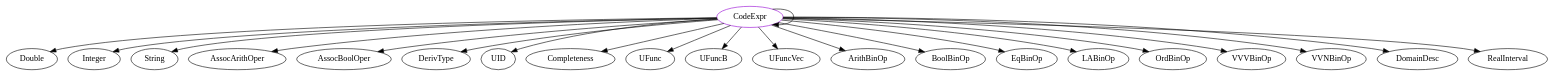
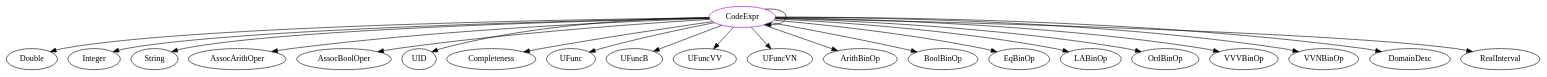
The diagram in analysis/TypeDependencyGraphs/code-base/CodeExpr.dot (balacij/Drasil), drawn with Graphviz before and after one commit. The commit also changed 693 other files, not shown here.

```diff
--- a/analysis/TypeDependencyGraphs/code-base/CodeExpr.dot
+++ b/analysis/TypeDependencyGraphs/code-base/CodeExpr.dot
@@ -1,24 +1,24 @@
 digraph codeexpr{
 CodeExpr -> Double;
 CodeExpr -> CodeExpr;
 CodeExpr -> Integer;
 CodeExpr -> String;
 CodeExpr -> AssocArithOper;
 CodeExpr -> AssocBoolOper;
-CodeExpr -> DerivType;
 CodeExpr -> UID;
 CodeExpr -> Completeness;
 CodeExpr -> UFunc;
 CodeExpr -> UFuncB;
-CodeExpr -> UFuncVec;
+CodeExpr -> UFuncVV;
+CodeExpr -> UFuncVN;
 CodeExpr -> ArithBinOp;
 CodeExpr -> BoolBinOp;
 CodeExpr -> EqBinOp;
 CodeExpr -> LABinOp;
 CodeExpr -> OrdBinOp;
 CodeExpr -> VVVBinOp;
 CodeExpr -> VVNBinOp;
 CodeExpr -> DomainDesc;
 CodeExpr -> RealInterval;
 CodeExpr	[shape=oval, color=darkviolet, label=CodeExpr];
 }
```
